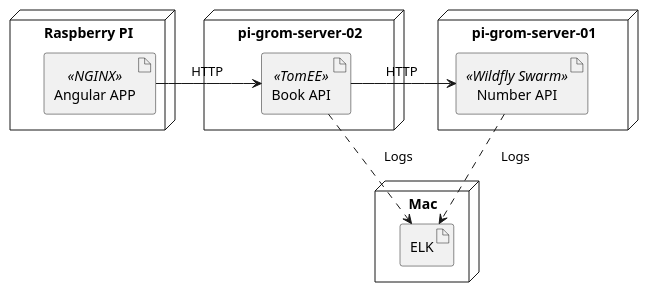
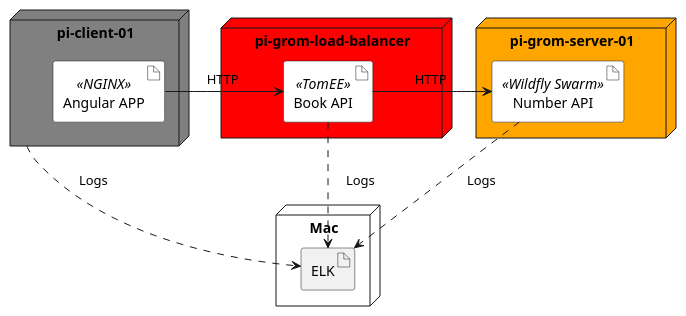
One commit to agoncal/baking-microservice-pie changed the diagram in slides/src/main/plantuml/monitoring-architecture.puml. Above: the diagram before and after it, drawn with PlantUML. The commit also changed 2 other files, not shown here.

```diff
--- a/slides/src/main/plantuml/monitoring-architecture.puml
+++ b/slides/src/main/plantuml/monitoring-architecture.puml
@@ -1,23 +1,24 @@
 @startuml
 
-node "Raspberry PI" as piclient {
-    artifact "Angular APP" <<NGINX>> as angular
+node "pi-client-01" as piclient #grey {
+    artifact "Angular APP" <<NGINX>> as angular #white
 }
 
-node "pi-grom-server-01" as piserver {
-    artifact "Number API" <<Wildfly Swarm>> as numberapi
+node "pi-grom-server-01" as piserver #orange {
+    artifact "Number API" <<Wildfly Swarm>> as numberapi #white
 }
 
-node "pi-grom-server-02" as piserver2 {
-    artifact "Book API" <<TomEE>> as bookapi
+node "pi-grom-load-balancer" as piserver2 #red {
+    artifact "Book API" <<TomEE>> as bookapi #white
 }
 
 node "Mac" as mac {
     artifact "ELK" as elk
 }
 
 angular -> bookapi: "     HTTP      "
 bookapi -> numberapi: "     HTTP      "
 bookapi -.> elk: "     Logs      "
 numberapi -.> elk: "     Logs      "
+piclient -.> elk: "     Logs      "
 @enduml
```
